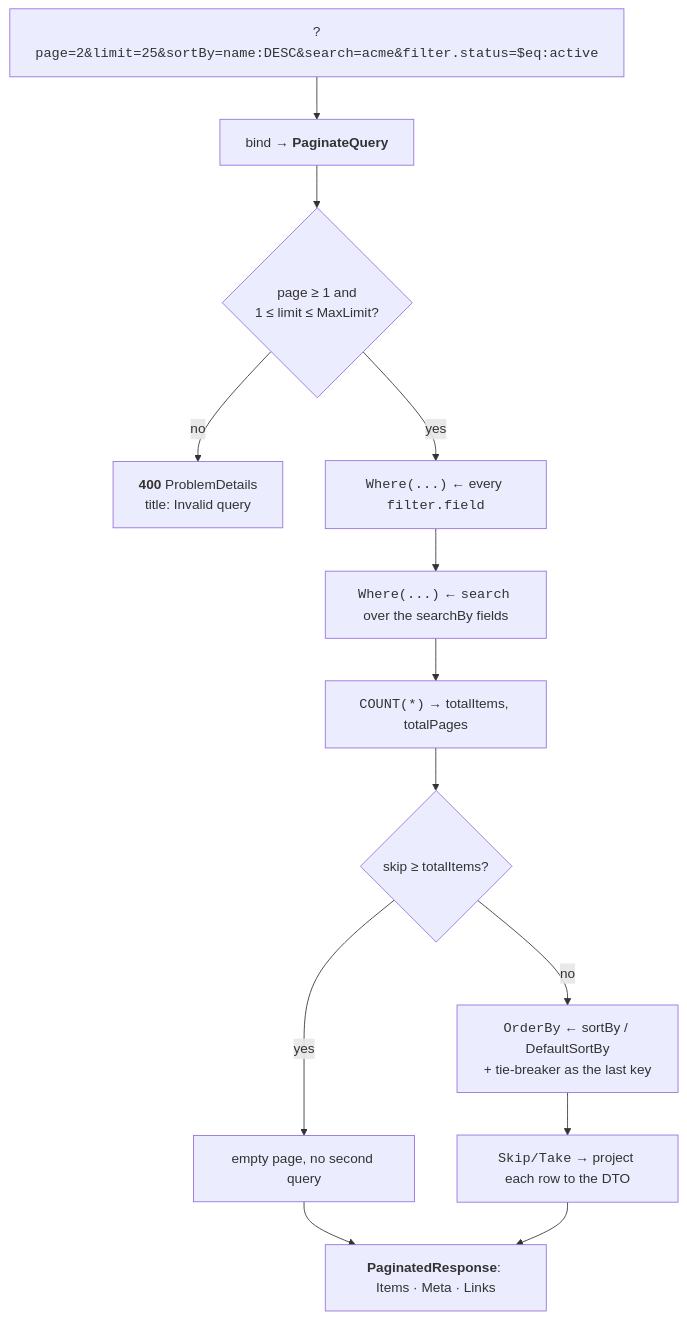
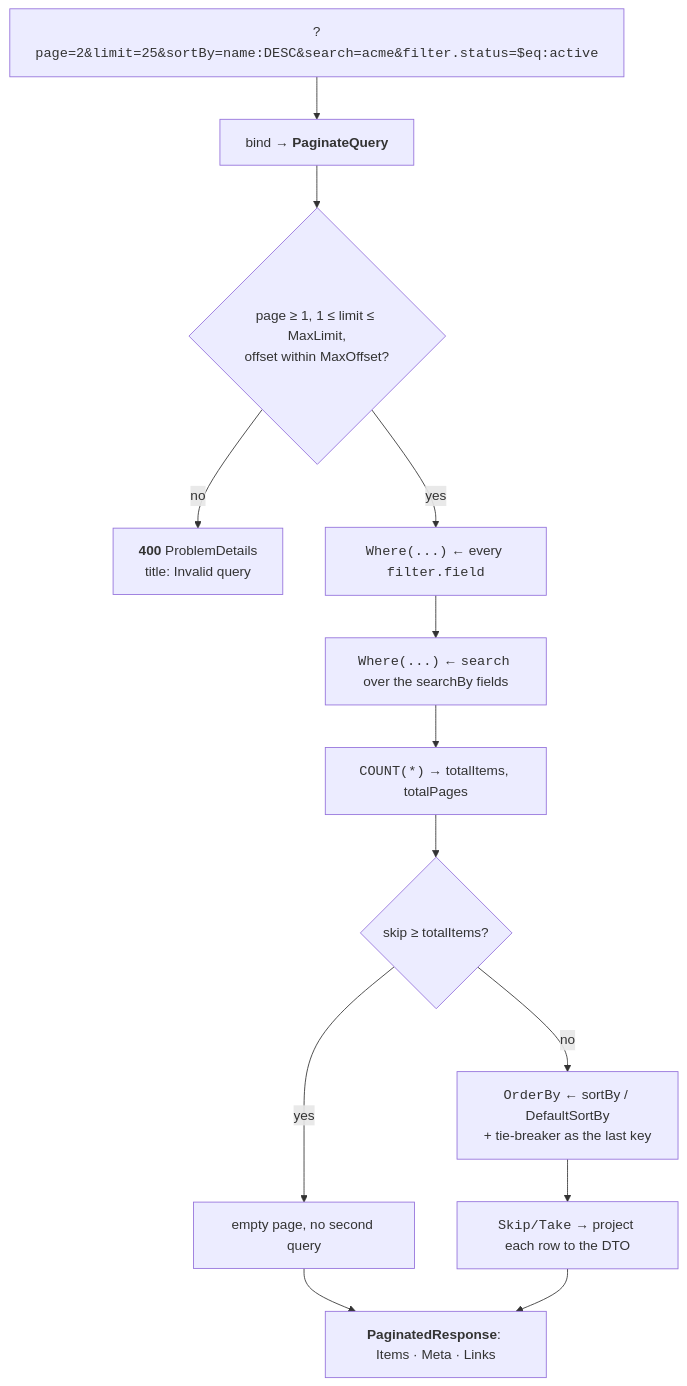
One commit to janzen01/efcore.pagination changed the diagram in docs/src/guide/getting-started/index.md. Above: the diagram before and after it, drawn with Mermaid. The commit also changed other lines of this file and 26 other files, not shown here.

````diff
--- a/docs/src/guide/getting-started/index.md
+++ b/docs/src/guide/getting-started/index.md
@@ -189,16 +189,16 @@
 ```mermaid
 flowchart TD
     Q["<code>?page=2&limit=25&sortBy=name:DESC&search=acme&filter.status=$eq:active</code>"]
     Q --> Bind["bind → <b>PaginateQuery</b>"]
-    Bind --> Valid{"page ≥ 1 and<br/>1 ≤ limit ≤ MaxLimit?"}
+    Bind --> Valid{"page ≥ 1, 1 ≤ limit ≤ MaxLimit,<br/>offset within MaxOffset?"}
     Valid -- no --> Err["<b>400</b> ProblemDetails<br/>title: Invalid query"]
     Valid -- yes --> Filter["<code>Where(...)</code> ← every <code>filter.field</code>"]
     Filter --> Search["<code>Where(...)</code> ← <code>search</code> over the searchBy fields"]
     Search --> Count["<code>COUNT(*)</code> → totalItems, totalPages"]
     Count --> Past{"skip ≥ totalItems?"}
     Past -- yes --> Empty["empty page, no second query"]
     Past -- no --> Sort["<code>OrderBy</code> ← sortBy / DefaultSortBy<br/>+ tie-breaker as the last key"]
     Sort --> Page["<code>Skip/Take</code> → project each row to the DTO"]
     Empty --> Resp["<b>PaginatedResponse</b>: Items · Meta · Links"]
     Page --> Resp
 ```
````
